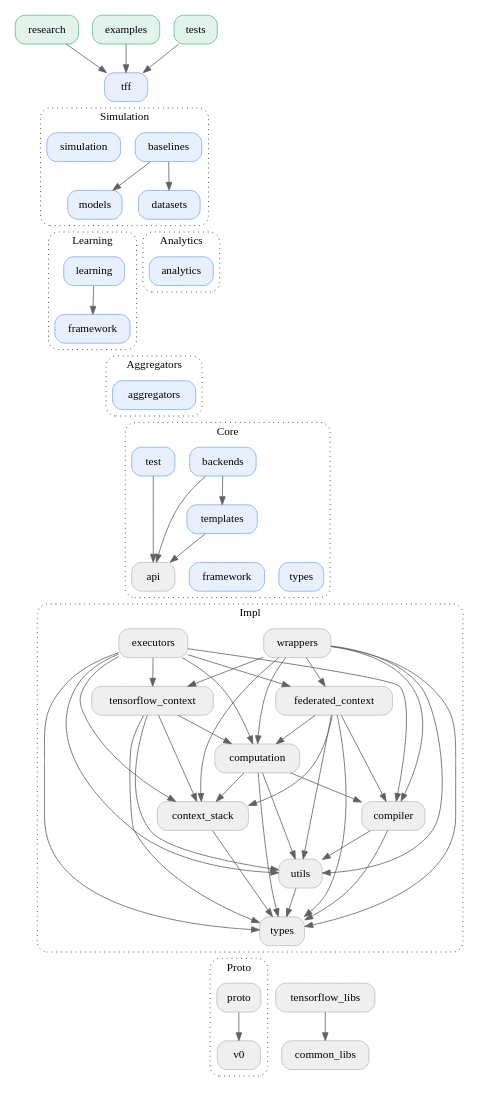
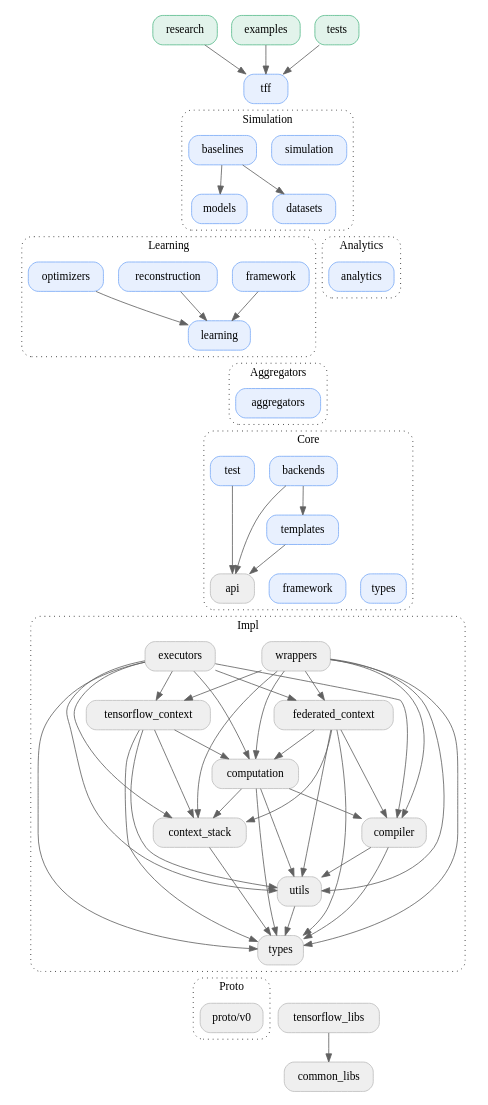
One commit to google-parfait/tensorflow-federated changed the diagram in docs/design/package_structure.dot. Above: the diagram before and after it, drawn with Graphviz. The commit also changed 61 other files, not shown here.

```diff
--- a/docs/design/package_structure.dot
+++ b/docs/design/package_structure.dot
@@ -9,47 +9,56 @@
   examples -> tff
   tests -> tff
 
-  research [href="#research" target="_parent", fillcolor="#E2F3EB", color="#57BB8A"]
-  examples [href="#examples" target="_parent", fillcolor="#E2F3EB", color="#57BB8A"]
-  tests [href="#tests" target="_parent", fillcolor="#E2F3EB", color="#57BB8A"]
+  research [href="https://github.com/google-research/federated/blob/master/" target="_parent", fillcolor="#E2F3EB", color="#57BB8A"]
+  examples [href="https://github.com/tensorflow/federated/blob/master/tensorflow_federated/python/examples" target="_parent", fillcolor="#E2F3EB", color="#57BB8A"]
+  tests [href="https://github.com/tensorflow/federated/blob/master/tensorflow_federated/python/tests" target="_parent", fillcolor="#E2F3EB", color="#57BB8A"]
 
   // TFF
   tff -> simulation [arrowhead="none", style="invisible"]
   tff -> simulation_baselines [arrowhead="none", style="invisible"]
 
-  tff [href="#tff" target="_parent", fillcolor="#E8F0FE", color="#7BAAF7"]
+  tff [href="https://github.com/tensorflow/federated/blob/master/tensorflow_federated/" target="_parent", fillcolor="#E8F0FE", color="#7BAAF7"]
 
   // Simulation
   simulation_baselines -> simulation_models
   simulation_baselines -> simulation_datasets
-  simulation -> simulation_baselines [arrowhead="none", style="invisible"]
-  simulation_models -> learning [arrowhead="none", style="invisible"]
+
+  simulation_models -> learning_framework [arrowhead="none", style="invisible"]
+  simulation_models -> learning_optimizers [arrowhead="none", style="invisible"]
+  simulation_models -> learning_reconstruction [arrowhead="none", style="invisible"]
   simulation_datasets -> analytics [arrowhead="none", style="invisible"]
 
   subgraph cluster_simulation {
-    graph [label="Simulation", href="#tff-simulation" target="_parent"]
-    simulation [href="#tff-simulation" target="_parent", fillcolor="#E8F0FE", color="#7BAAF7"]
-    simulation_baselines [label="baselines", href="#tff-simulation" target="_parent", fillcolor="#E8F0FE", color="#7BAAF7"]
-    simulation_models [label="models", href="#tff-simulation" target="_parent", fillcolor="#E8F0FE", color="#7BAAF7"]
-    simulation_datasets [label="datasets", href="#tff-simulation" target="_parent", fillcolor="#E8F0FE", color="#7BAAF7"]
+    graph [label="Simulation", href="https://github.com/tensorflow/federated/blob/master/tensorflow_federated/python/simulation" target="_parent"]
+    simulation_baselines [label="baselines", href="https://github.com/tensorflow/federated/blob/master/tensorflow_federated/python/simulation/baselines" target="_parent", fillcolor="#E8F0FE", color="#7BAAF7"]
+    simulation_models [label="models", href="https://github.com/tensorflow/federated/blob/master/tensorflow_federated/python/simulation/models" target="_parent", fillcolor="#E8F0FE", color="#7BAAF7"]
+    simulation_datasets [label="datasets", href="https://github.com/tensorflow/federated/blob/master/tensorflow_federated/python/simulation/datasets" target="_parent", fillcolor="#E8F0FE", color="#7BAAF7"]
+    simulation [href="https://github.com/tensorflow/federated/blob/master/tensorflow_federated/python/simulation" target="_parent", fillcolor="#E8F0FE", color="#7BAAF7"]
   }
 
   // Learning
-  learning -> learning_framework
-  learning_framework -> aggregators [arrowhead="none", style="invisible"]
+  learning_framework -> learning
+  learning_optimizers -> learning
+  learning_reconstruction -> learning
+
+  learning_framework -> learning_optimizers [arrowhead="none", style="invisible"]
+  learning_optimizers -> learning_reconstruction [arrowhead="none", style="invisible"]
+  learning -> aggregators [arrowhead="none", style="invisible"]
 
   subgraph cluster_learning {
-    graph [label="Learning", href="#tff-learning" target="_parent"]
-    learning [href="#tff-learning" target="_parent", fillcolor="#E8F0FE", color="#7BAAF7"]
-    learning_framework [label="framework", href="#tff-learning" target="_parent", fillcolor="#E8F0FE", color="#7BAAF7"]
+    graph [label="Learning", href="https://github.com/tensorflow/federated/blob/master/tensorflow_federated/python/learning" target="_parent"]
+    learning_framework [label="framework", href="https://github.com/tensorflow/federated/blob/master/tensorflow_federated/python/learning/framework" target="_parent", fillcolor="#E8F0FE", color="#7BAAF7"]
+    learning_optimizers [label="optimizers", href="https://github.com/tensorflow/federated/blob/master/tensorflow_federated/python/learning/optimizers" target="_parent", fillcolor="#E8F0FE", color="#7BAAF7"]
+    learning_reconstruction [label="reconstruction", href="https://github.com/tensorflow/federated/blob/master/tensorflow_federated/python/learning/reconstruction" target="_parent", fillcolor="#E8F0FE", color="#7BAAF7"]
+    learning [href="https://github.com/tensorflow/federated/blob/master/tensorflow_federated/python/learning" target="_parent", fillcolor="#E8F0FE", color="#7BAAF7"]
   }
 
   // Analytics
   analytics -> aggregators [arrowhead="none", style="invisible"]
 
   subgraph cluster_analytics {
-    graph [label="Analytics", href="#tff-analytics" target="_parent"]
-    analytics [href="#tff-analytics" target="_parent", fillcolor="#E8F0FE", color="#7BAAF7"]
+    graph [label="Analytics", href="https://github.com/tensorflow/federated/blob/master/tensorflow_federated/python/analytics" target="_parent"]
+    analytics [href="https://github.com/tensorflow/federated/blob/master/tensorflow_federated/python/analytics" target="_parent", fillcolor="#E8F0FE", color="#7BAAF7"]
   }
 
   // Aggregators
@@ -57,8 +66,8 @@
   aggregators -> core_test [arrowhead="none", style="invisible"]
 
   subgraph cluster_aggregators {
-    graph [label="Aggregators", href="#tff-aggregators" target="_parent"]
-    aggregators [href="#tff-learning" target="_parent", fillcolor="#E8F0FE", color="#7BAAF7"]
+    graph [label="Aggregators", href="https://github.com/tensorflow/federated/blob/master/tensorflow_federated/python/aggregators" target="_parent"]
+    aggregators [href="https://github.com/tensorflow/federated/blob/master/tensorflow_federated/python/aggregators" target="_parent", fillcolor="#E8F0FE", color="#7BAAF7"]
   }
 
   // Core
@@ -66,21 +75,21 @@
   core_backends -> core_templates
   core_templates -> core_api
   core_test -> core_api
+
   core_api -> core_framework [arrowhead="none", style="invisible"]
   core_framework -> core_types [arrowhead="none", style="invisible"]
+  core_api -> impl_wrappers [arrowhead="none", style="invisible"]
+  core_api -> impl_executors [arrowhead="none", style="invisible"]
 
   subgraph cluster_core {
-    graph [label="Core", href="#tff-core" target="_parent"]
-    core_backends [label="backends", href="#tff-core" target="_parent", fillcolor="#E8F0FE", color="#7BAAF7"]
-    core_templates [label="templates", href="#tff-core" target="_parent", fillcolor="#E8F0FE", color="#7BAAF7"]
-    core_test [label="test", href="#tff-core" target="_parent", fillcolor="#E8F0FE", color="#7BAAF7"]
-    core_api [label="api", href="#tff-core" target="_parent"]
-    core_framework [label="framework", href="#tff-core" target="_parent", fillcolor="#E8F0FE", color="#7BAAF7"]
-    core_types [label="types", href="#tff-types" target="_parent", fillcolor="#E8F0FE", color="#7BAAF7"]
+    graph [label="Core", href="https://github.com/tensorflow/federated/blob/master/tensorflow_federated/python/core" target="_parent"]
+    core_backends [label="backends", href="https://github.com/tensorflow/federated/blob/master/tensorflow_federated/python/core/backends" target="_parent", fillcolor="#E8F0FE", color="#7BAAF7"]
+    core_templates [label="templates", href="https://github.com/tensorflow/federated/blob/master/tensorflow_federated/python/core/templates" target="_parent", fillcolor="#E8F0FE", color="#7BAAF7"]
+    core_test [label="test", href="https://github.com/tensorflow/federated/blob/master/tensorflow_federated/python/core/test" target="_parent", fillcolor="#E8F0FE", color="#7BAAF7"]
+    core_api [label="api", href="https://github.com/tensorflow/federated/blob/master/tensorflow_federated/python/core/api" target="_parent"]
+    core_framework [label="framework", href="https://github.com/tensorflow/federated/blob/master/tensorflow_federated/python/core/framework" target="_parent", fillcolor="#E8F0FE", color="#7BAAF7"]
+    core_types [label="types", href="https://github.com/tensorflow/federated/blob/master/tensorflow_federated/python/core/types" target="_parent", fillcolor="#E8F0FE", color="#7BAAF7"]
   }
-
-  core_api -> impl_wrappers [arrowhead="none", style="invisible"]
-  core_api -> impl_executors [arrowhead="none", style="invisible"]
 
   // Impl
   impl_wrappers -> impl_tensorflow_context
@@ -114,34 +123,32 @@
   impl_compiler -> impl_utils
   impl_context_stack -> impl_types
   impl_utils -> impl_types
-  impl_types -> proto [arrowhead="none", style="invisible"]
+
+  impl_types -> proto_v0 [arrowhead="none", style="invisible"]
   impl_types -> tensorflow_libs [arrowhead="none", style="invisible"]
 
   subgraph cluster_impl {
-    graph [label="Impl", href="#tff-impl" target="_parent"]
-    impl_wrappers [label="wrappers", href="#tff-impl" target="_parent"]
-    impl_executors [label="executors", href="#tff-impl" target="_parent"]
-    impl_tensorflow_context [label="tensorflow_context", href="#tff-impl" target="_parent"]
-    impl_federated_context [label="federated_context", href="#tff-impl" target="_parent"]
-    impl_computation [label="computation", href="#tff-impl" target="_parent"]
-    impl_compiler [label="compiler", href="#tff-impl" target="_parent"]
-    impl_context_stack [label="context_stack", href="#tff-impl" target="_parent"]
-    impl_utils [label="utils", href="#tff-impl" target="_parent"]
-    impl_types [label="types", href="#tff-impl" target="_parent"]
+    graph [label="Impl", href="https://github.com/tensorflow/federated/blob/master/tensorflow_federated/python/core/impl" target="_parent"]
+    impl_wrappers [label="wrappers", href="https://github.com/tensorflow/federated/blob/master/tensorflow_federated/python/core/impl/wrappers" target="_parent"]
+    impl_executors [label="executors", href="https://github.com/tensorflow/federated/blob/master/tensorflow_federated/python/core/impl/executors" target="_parent"]
+    impl_tensorflow_context [label="tensorflow_context", href="https://github.com/tensorflow/federated/blob/master/tensorflow_federated/python/core/impl/tensorflow_context" target="_parent"]
+    impl_federated_context [label="federated_context", href="https://github.com/tensorflow/federated/blob/master/tensorflow_federated/python/core/impl/federated_context" target="_parent"]
+    impl_computation [label="computation", href="https://github.com/tensorflow/federated/blob/master/tensorflow_federated/python/core/impl/computation" target="_parent"]
+    impl_compiler [label="compiler", href="https://github.com/tensorflow/federated/blob/master/tensorflow_federated/python/core/impl/compiler" target="_parent"]
+    impl_context_stack [label="context_stack", href="https://github.com/tensorflow/federated/blob/master/tensorflow_federated/python/core/impl/context_stack" target="_parent"]
+    impl_utils [label="utils", href="https://github.com/tensorflow/federated/blob/master/tensorflow_federated/python/core/impl/utils" target="_parent"]
+    impl_types [label="types", href="https://github.com/tensorflow/federated/blob/master/tensorflow_federated/python/core/impl/types" target="_parent"]
   }
 
   // Proto
-  proto -> proto_v0
-
   subgraph cluster_proto {
-    graph [label="Proto", href="#tff-proto" target="_parent"]
-    proto [href="#tff-proto" target="_parent"]
-    proto_v0 [label="v0" href="#tff-proto" target="_parent"]
+    graph [label="Proto", href="https://github.com/tensorflow/federated/blob/master/tensorflow_federated/proto" target="_parent"]
+    proto_v0 [label="proto/v0" href="https://github.com/tensorflow/federated/blob/master/tensorflow_federated/proto/v0" target="_parent"]
   }
 
   // Other
-  tensorflow_libs [href="#tff-tensorflow-libs" target="_parent"]
-  common_libs [href="#tff-common-libs" target="_parent"]
+  tensorflow_libs [href="https://github.com/tensorflow/federated/blob/master/tensorflow_federated/python/tensorflow_libs" target="_parent"]
+  common_libs [href="https://github.com/tensorflow/federated/blob/master/tensorflow_federated/python/common_libs" target="_parent"]
   tensorflow_libs -> common_libs
 
   // Layout
@@ -149,8 +156,8 @@
   {rank=same; tff}
   {rank=same; simulation, simulation_baselines}
   {rank=same; simulation_models, simulation_datasets}
-  {rank=same; learning, analytics}
-  {rank=same; learning_framework}
+  {rank=same; learning_framework, learning_optimizers, learning_reconstruction, analytics}
+  {rank=same; learning}
   {rank=same; aggregators}
   {rank=same; core_backends, core_test}
   {rank=same; core_templates}
@@ -161,6 +168,6 @@
   {rank=same; impl_compiler, impl_context_stack}
   {rank=same; impl_utils}
   {rank=same; impl_types}
-  {rank=same; proto, tensorflow_libs}
+  {rank=same; proto_v0, tensorflow_libs}
   {rank=same; common_libs}
 }
```
